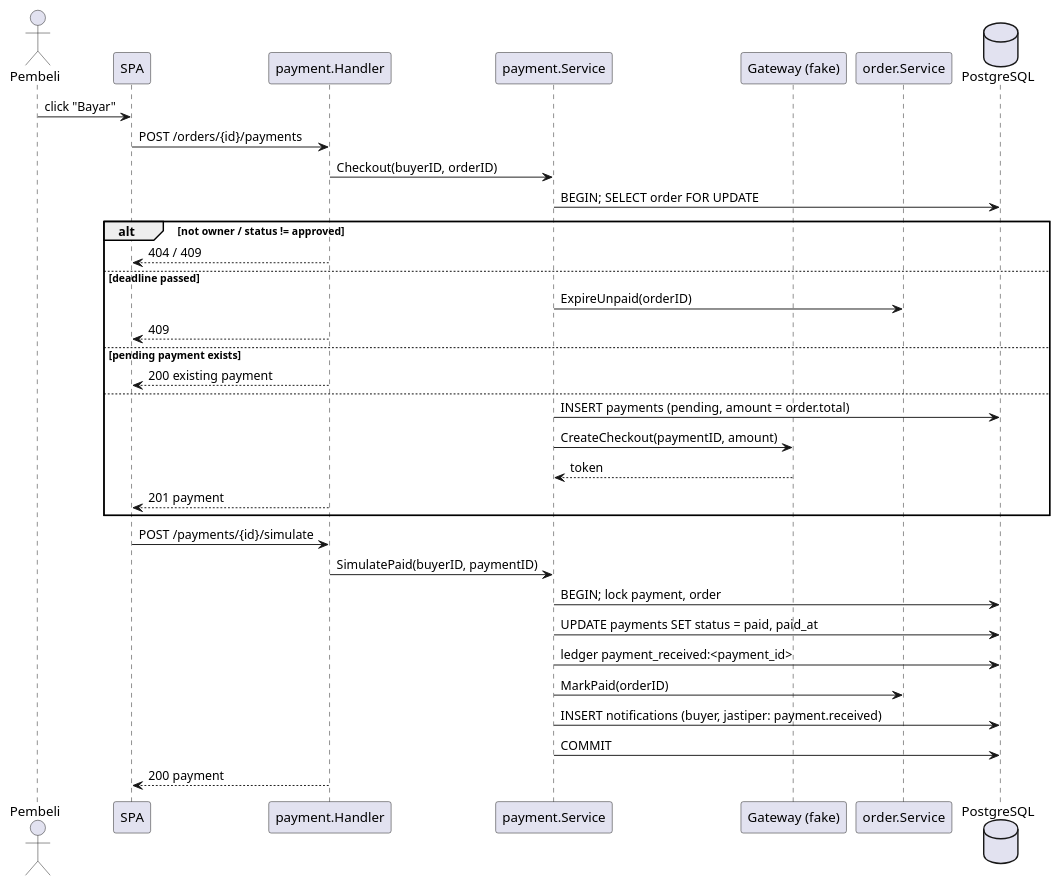
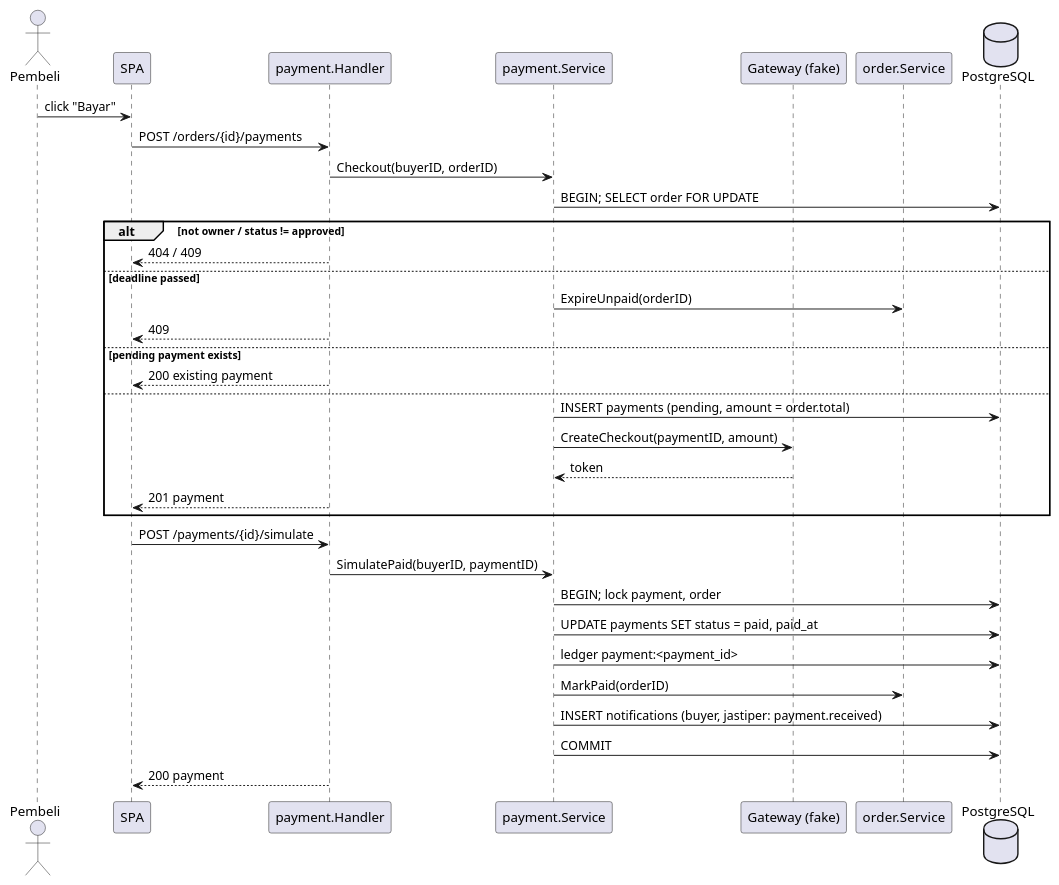
The second of 5 diagrams in docs/features/payment.md (Titip-Dong/titipdong-be), drawn with PlantUML before and after one commit. The commit also changed other lines of this file and 2 other files, not shown here.

Commit message:
docs(payment): use the payment:<payment_id> idempotency key the code posts with

````diff
--- a/docs/features/payment.md
+++ b/docs/features/payment.md
@@ -247,39 +247,39 @@
 ```plantuml
 @startuml
 actor Pembeli
 participant "SPA" as FE
 participant "payment.Handler" as H
 participant "payment.Service" as S
 participant "Gateway (fake)" as GW
 participant "order.Service" as O
 database PostgreSQL as DB
 
 Pembeli -> FE : click "Bayar"
 FE -> H : POST /orders/{id}/payments
 H -> S : Checkout(buyerID, orderID)
 S -> DB : BEGIN; SELECT order FOR UPDATE
 alt not owner / status != approved
   H --> FE : 404 / 409
 else deadline passed
   S -> O : ExpireUnpaid(orderID)
   H --> FE : 409
 else pending payment exists
   H --> FE : 200 existing payment
 else
   S -> DB : INSERT payments (pending, amount = order.total)
   S -> GW : CreateCheckout(paymentID, amount)
   GW --> S : token
   H --> FE : 201 payment
 end
 
 FE -> H : POST /payments/{id}/simulate
 H -> S : SimulatePaid(buyerID, paymentID)
 S -> DB : BEGIN; lock payment, order
 S -> DB : UPDATE payments SET status = paid, paid_at
-S -> DB : ledger payment_received:<payment_id>
+S -> DB : ledger payment:<payment_id>
 S -> O : MarkPaid(orderID)
 S -> DB : INSERT notifications (buyer, jastiper: payment.received)
 S -> DB : COMMIT
 H --> FE : 200 payment
 @enduml
 ```
````
